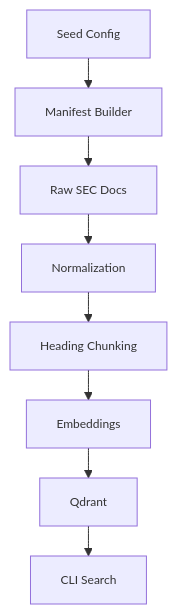
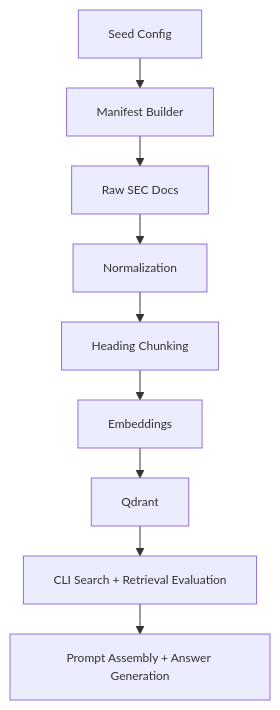
The diagram in README.md (mdmilligan/market-intelligence-rag), drawn with Mermaid before and after one commit. The commit also changed other lines of this file and 2 other files, not shown here.

````diff
--- a/README.md
+++ b/README.md
@@ -51,11 +71,12 @@
 ```mermaid
 %%{init: {'themeVariables': {'fontSize': '12px'}, 'flowchart': {'nodeSpacing': 20, 'rankSpacing': 30}}}%%
 flowchart TD
     A[Seed Config] --> B[Manifest Builder]
     B --> C[Raw SEC Docs]
     C --> D[Normalization]
     D --> E[Heading Chunking]
     E --> F[Embeddings]
     F --> G[Qdrant]
-    G --> H[CLI Search]
+    G --> H[CLI Search + Retrieval Evaluation]
+    H --> I[Prompt Assembly + Answer Generation]
 ```
````
